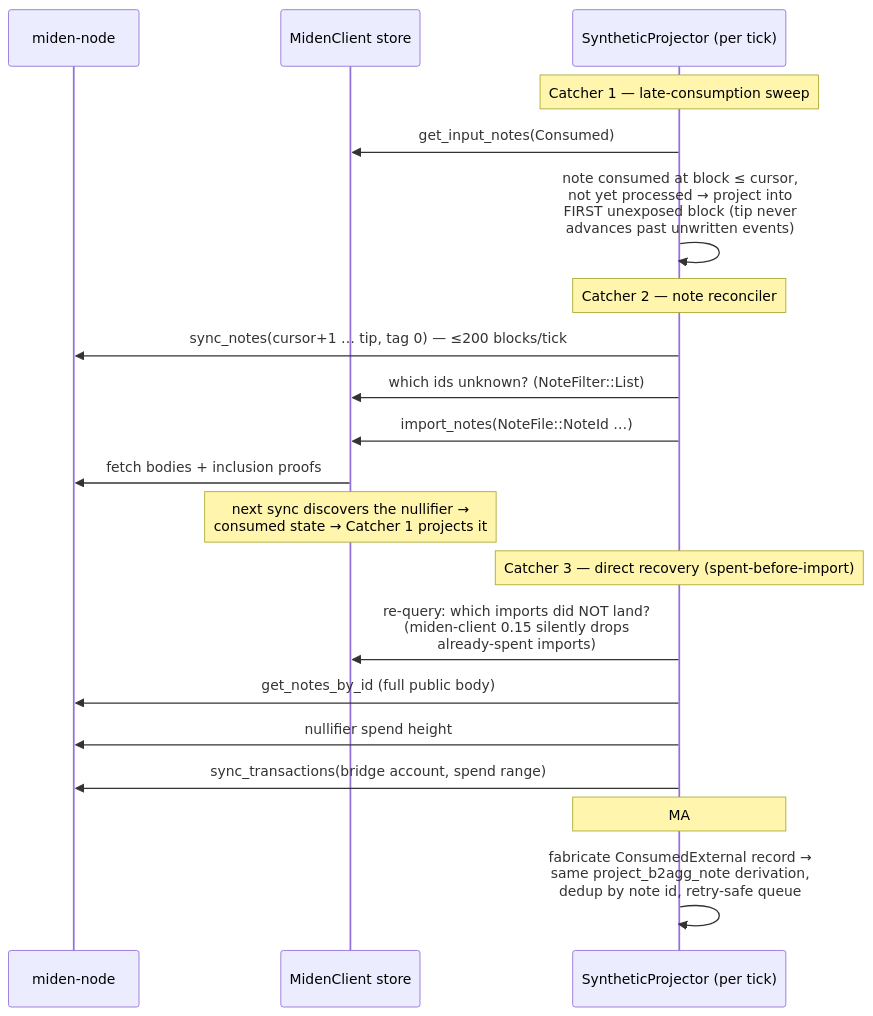
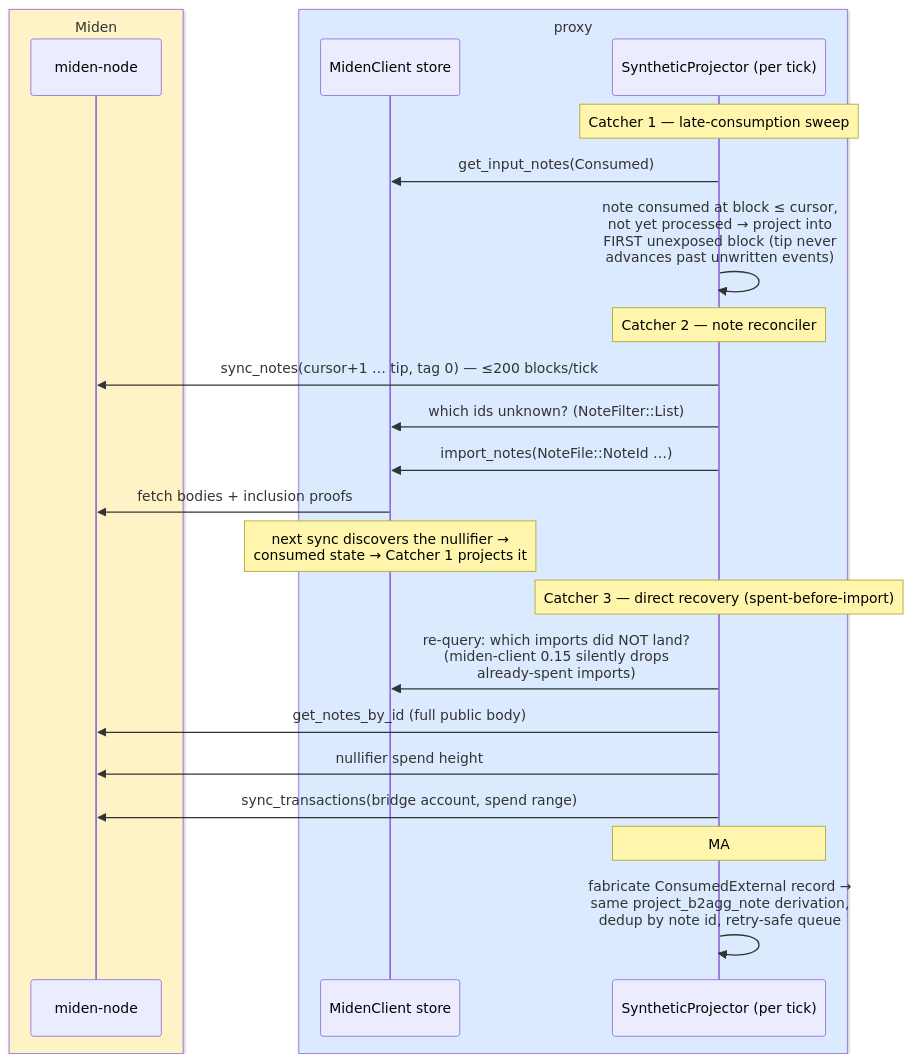
One commit to gateway-fm/miden-agglayer changed the fifth of 7 diagrams in docs/ARCHITECTURE.md. Above: the diagram before and after it, drawn with Mermaid. The commit also changed other lines of this file, not shown here.

Commit message:
docs: color-code sequence diagrams (box grouping: proxy=blue, external=amber)

````diff
--- a/docs/ARCHITECTURE.md
+++ b/docs/ARCHITECTURE.md
@@ -191,25 +209,29 @@
 ```mermaid
 sequenceDiagram
-    participant N as miden-node
-    participant MC as MidenClient store
-    participant SP as SyntheticProjector (per tick)
+    box rgb(254,243,199) Miden
+        participant N as miden-node
+    end
+    box rgb(219,234,254) proxy
+        participant MC as MidenClient store
+        participant SP as SyntheticProjector (per tick)
+    end
 
     Note over SP: Catcher 1 — late-consumption sweep
     SP->>MC: get_input_notes(Consumed)
     SP->>SP: note consumed at block ≤ cursor,<br/>not yet processed → project into<br/>FIRST unexposed block (tip never<br/>advances past unwritten events)
 
     Note over SP: Catcher 2 — note reconciler
     SP->>N: sync_notes(cursor+1 … tip, tag 0) — ≤200 blocks/tick
     SP->>MC: which ids unknown? (NoteFilter::List)
     SP->>MC: import_notes(NoteFile::NoteId …)
     MC->>N: fetch bodies + inclusion proofs
     Note over MC: next sync discovers the nullifier →<br/>consumed state → Catcher 1 projects it
 
     Note over SP: Catcher 3 — direct recovery (spent-before-import)
     SP->>MC: re-query: which imports did NOT land?<br/>(miden-client 0.15 silently drops<br/>already-spent imports)
     SP->>N: get_notes_by_id (full public body)
     SP->>N: nullifier spend height
     SP->>N: sync_transactions(bridge account, spend range)
     Note over SP: MA#3 reclaim gate: emit ONLY if a<br/>bridge-executed tx consumed this nullifier<br/>(reclaim by sender ⇒ fail-closed skip + metric)
     SP->>SP: fabricate ConsumedExternal record →<br/>same project_b2agg_note derivation,<br/>dedup by note id, retry-safe queue
 ```
````
